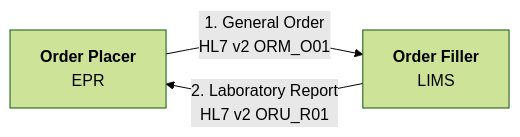
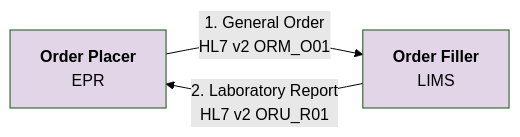
Before and after one commit to uk-gov-mirror/nw-gmsa.nw-gmsa.github.com: the first of 10 diagrams in input/pagecontent/index.md, drawn with Mermaid (forest theme). The commit also changed other lines of this file and 1 other file, not shown here.

````diff
--- a/input/pagecontent/index.md
+++ b/input/pagecontent/index.md
@@ -26,5 +26,8 @@
 ```mermaid
 graph LR
     OrderPlacer[<b>Order Placer</b><br/>EPR] --> |1. General Order<br/>HL7 v2 ORM_O01| OrderFiller
     OrderFiller[<b>Order Filler</b><br/>LIMS] --> |2. Laboratory Report<br/>HL7 v2 ORU_R01| OrderPlacer  
+    
+    classDef purple fill:#E1D5E7;
+    class OrderPlacer,OrderFiller purple
 ```
````
